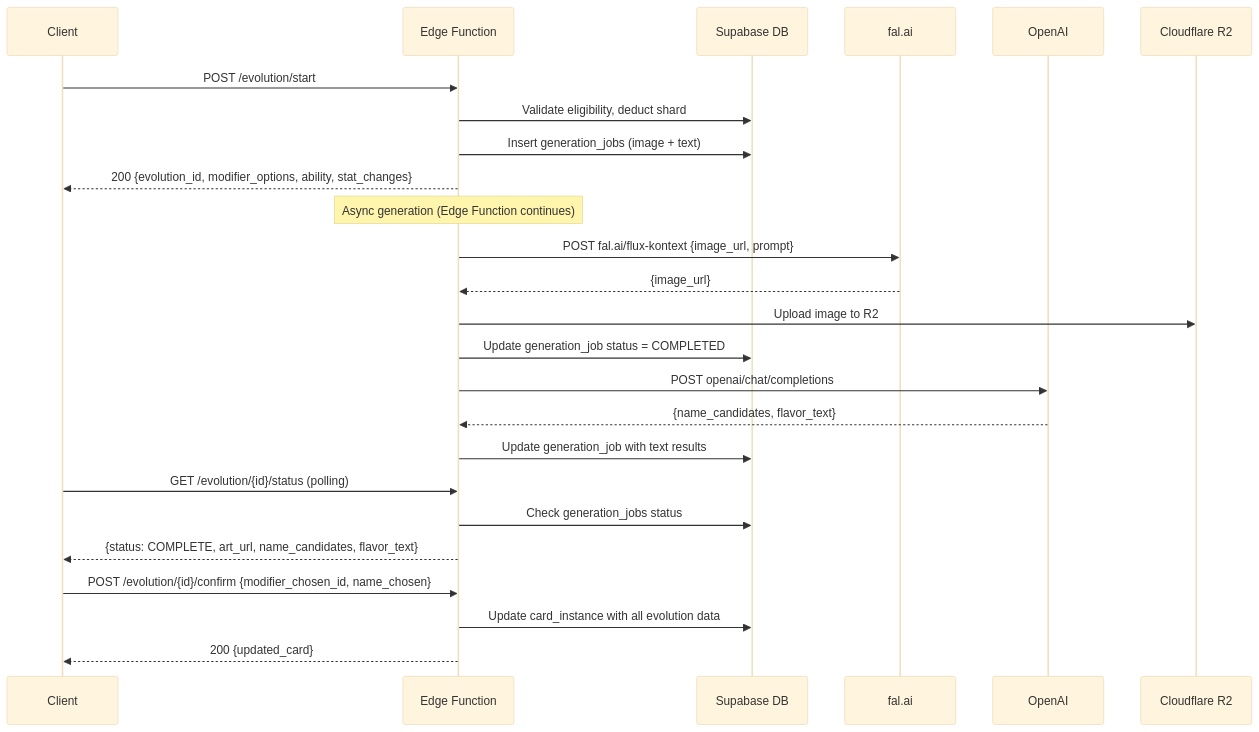
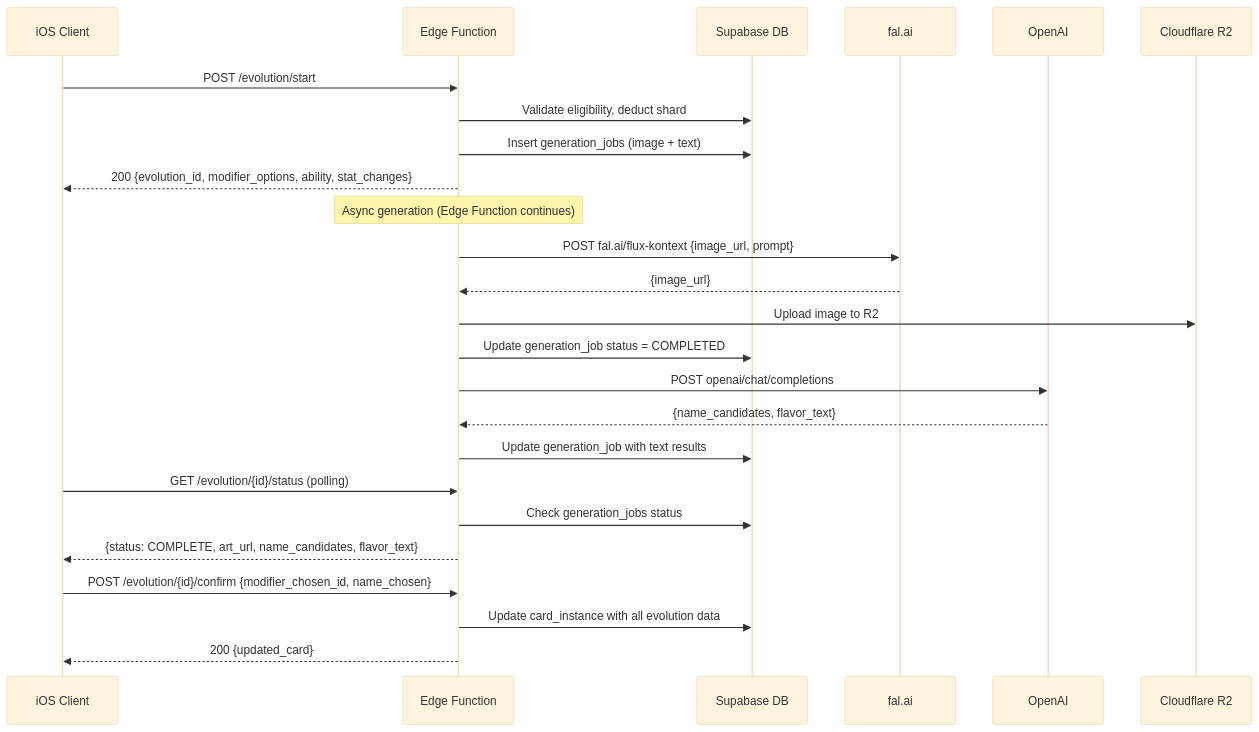
One commit to asa7388/chaos-creatures changed the second of 3 diagrams in docs/design/06-technical-architecture.md. Above: the diagram before and after it, drawn with Mermaid (base theme). The commit also changed other lines of this file and 7 other files, not shown here.

````diff
--- a/docs/design/06-technical-architecture.md
+++ b/docs/design/06-technical-architecture.md
@@ -880,33 +1766,33 @@
 ```mermaid
 sequenceDiagram
-    participant C as Client
+    participant C as iOS Client
     participant EF as Edge Function
     participant DB as Supabase DB
     participant FAL as fal.ai
     participant OAI as OpenAI
     participant R2 as Cloudflare R2
 
     C->>EF: POST /evolution/start
     EF->>DB: Validate eligibility, deduct shard
     EF->>DB: Insert generation_jobs (image + text)
     EF-->>C: 200 {evolution_id, modifier_options, ability, stat_changes}
 
     Note over EF: Async generation (Edge Function continues)
 
     EF->>FAL: POST fal.ai/flux-kontext {image_url, prompt}
     FAL-->>EF: {image_url}
     EF->>R2: Upload image to R2
     EF->>DB: Update generation_job status = COMPLETED
 
     EF->>OAI: POST openai/chat/completions
     OAI-->>EF: {name_candidates, flavor_text}
     EF->>DB: Update generation_job with text results
 
     C->>EF: GET /evolution/{id}/status (polling)
     EF->>DB: Check generation_jobs status
     EF-->>C: {status: COMPLETE, art_url, name_candidates, flavor_text}
 
     C->>EF: POST /evolution/{id}/confirm {modifier_chosen_id, name_chosen}
     EF->>DB: Update card_instance with all evolution data
     EF-->>C: 200 {updated_card}
 ```
````
